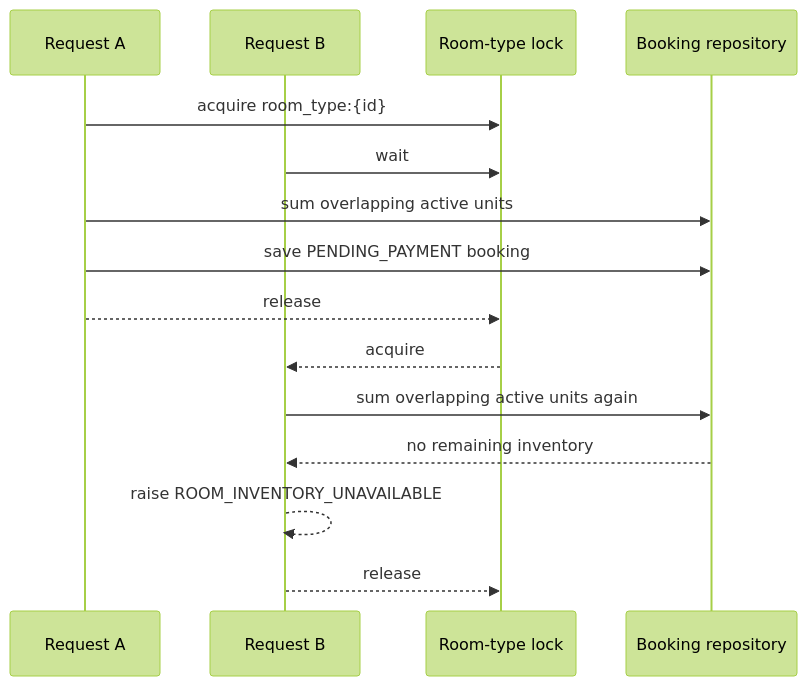
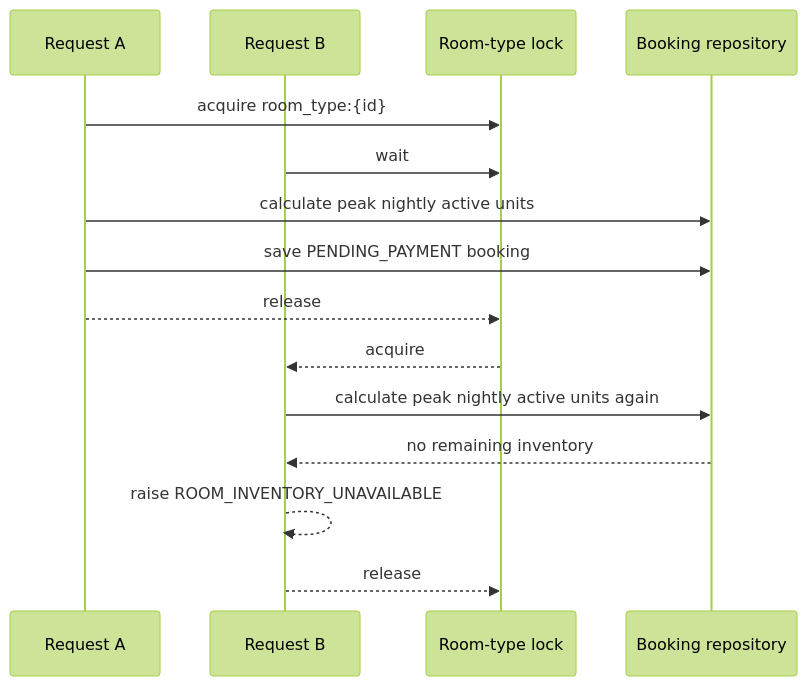
Before and after one commit to ssinha2103/Hotieler: the fourth of 5 diagrams in DESIGN.md, drawn with Mermaid (forest theme). The commit also changed other lines of this file and 4 other files, not shown here.

Commit message:
fix: calculate peak nightly room availability

````diff
--- a/DESIGN.md
+++ b/DESIGN.md
@@ -94,18 +95,18 @@
 ```mermaid
 sequenceDiagram
     participant A as Request A
     participant B as Request B
     participant L as Room-type lock
     participant R as Booking repository
 
     A->>L: acquire room_type:{id}
     B->>L: wait
-    A->>R: sum overlapping active units
+    A->>R: calculate peak nightly active units
     A->>R: save PENDING_PAYMENT booking
     A-->>L: release
     L-->>B: acquire
-    B->>R: sum overlapping active units again
+    B->>R: calculate peak nightly active units again
     R-->>B: no remaining inventory
     B-->>B: raise ROOM_INVENTORY_UNAVAILABLE
     B-->>L: release
 ```
````
